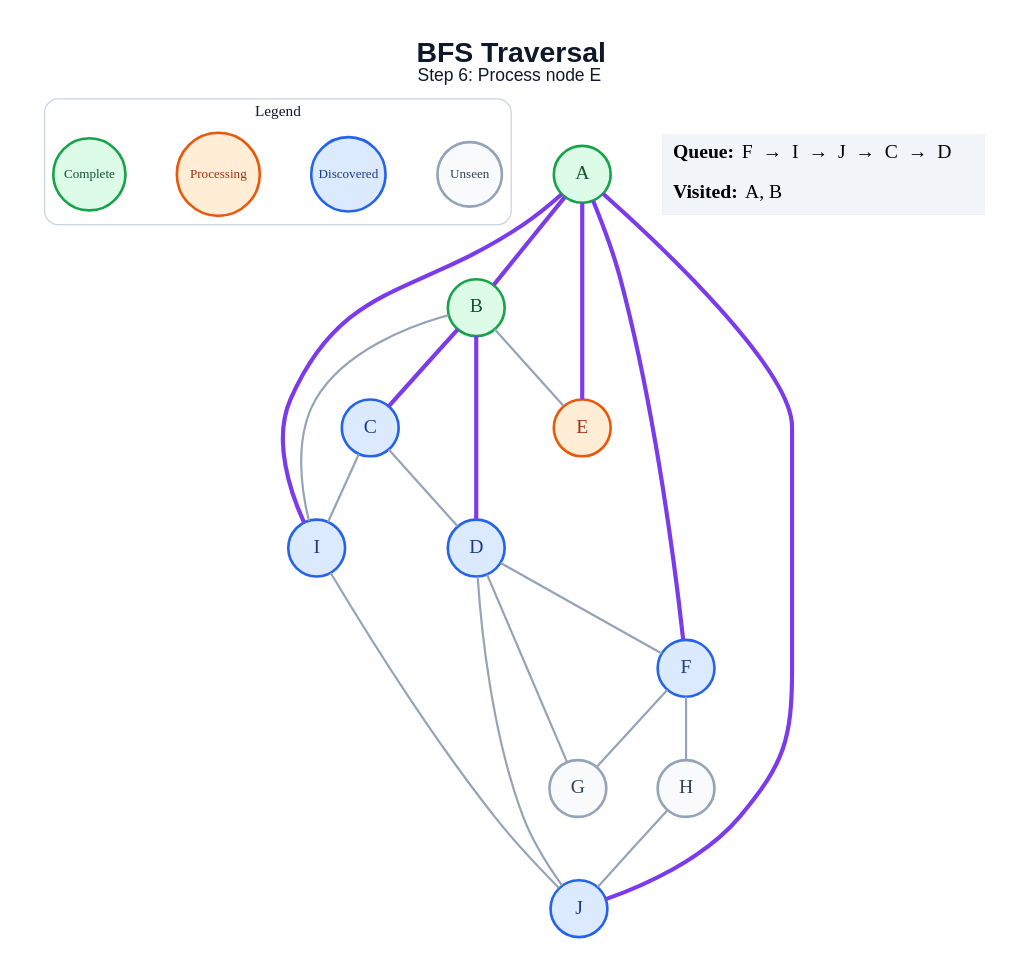
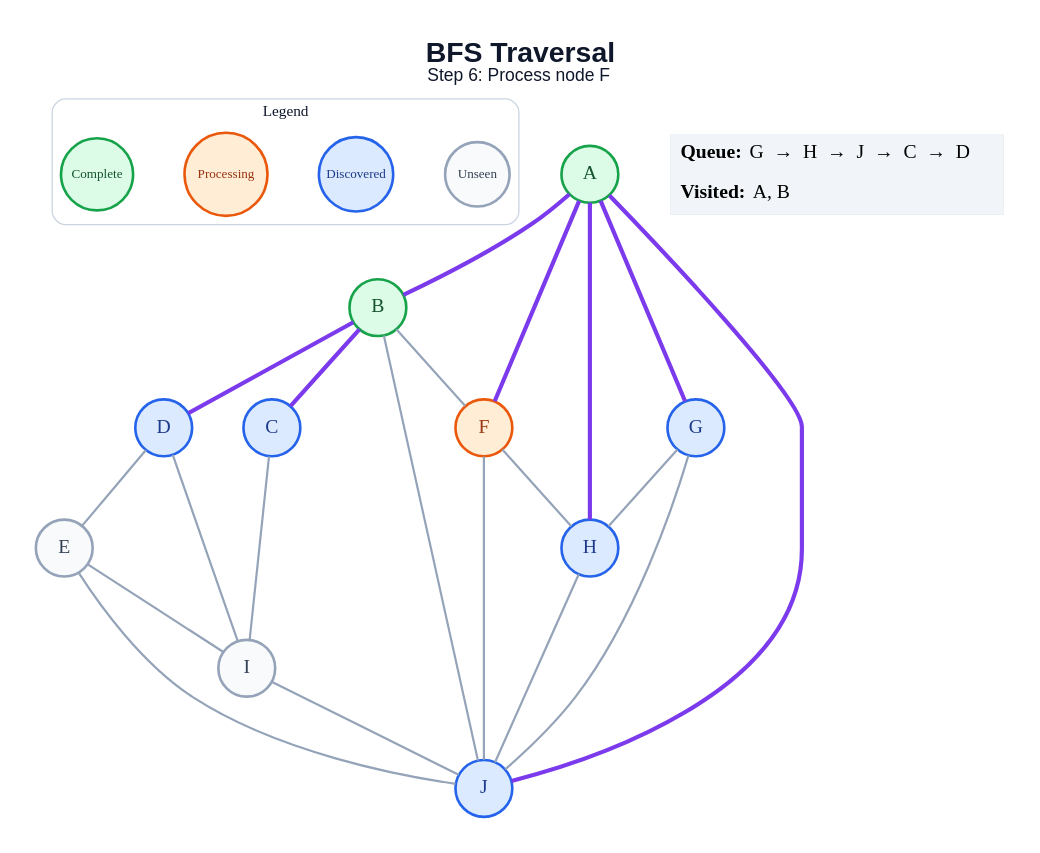
Before and after one commit to anon7238593-create/ai-slop: the diagram in generated/bfs/step_06.dot, drawn with Graphviz. The commit also changed 178 other files, not shown here.

```diff
--- a/generated/bfs/step_06.dot
+++ b/generated/bfs/step_06.dot
@@ -1,47 +1,49 @@
 graph traversal {
   graph [layout=dot, rankdir=TB, bgcolor="#FFFFFF", pad="0.35", nodesep="0.65", ranksep="0.8", fontname="Arial"];
   node [shape=circle, style="filled", fontname="Arial Bold", fontsize=18, width=0.72, fixedsize=true, penwidth=2.4];
   edge [color="#94A3B8", penwidth=2.0];
-  label=<<B>BFS Traversal</B><BR/><FONT POINT-SIZE="16">Step 6: Process node E</FONT>>; labelloc="t"; fontsize=26; fontname="Arial"; fontcolor="#0F172A";
+  label=<<B>BFS Traversal</B><BR/><FONT POINT-SIZE="16">Step 6: Process node F</FONT>>; labelloc="t"; fontsize=26; fontname="Arial"; fontcolor="#0F172A";
   subgraph cluster_legend { label="Legend"; color="#CBD5E1"; penwidth=1.2; style="rounded"; fontsize=14; fontname="Arial Bold";
     key_unseen [label="Unseen", fillcolor="#F8FAFC", color="#94A3B8", fontcolor="#334155", fontsize=12, width=0.82];
     key_frontier [label="Discovered", fillcolor="#DBEAFE", color="#2563EB", fontcolor="#1E3A8A", fontsize=12, width=0.95];
     key_current [label="Processing", fillcolor="#FFEDD5", color="#EA580C", fontcolor="#9A3412", fontsize=12, width=1.05];
     key_done [label="Complete", fillcolor="#DCFCE7", color="#16A34A", fontcolor="#14532D", fontsize=12, width=0.92];
     { rank=same; key_unseen; key_frontier; key_current; key_done; }
   }
   A [fillcolor="#DCFCE7", color="#16A34A", fontcolor="#14532D"];
   B [fillcolor="#DCFCE7", color="#16A34A", fontcolor="#14532D"];
   C [fillcolor="#DBEAFE", color="#2563EB", fontcolor="#1E3A8A"];
   D [fillcolor="#DBEAFE", color="#2563EB", fontcolor="#1E3A8A"];
-  E [fillcolor="#FFEDD5", color="#EA580C", fontcolor="#9A3412"];
-  F [fillcolor="#DBEAFE", color="#2563EB", fontcolor="#1E3A8A"];
-  G [fillcolor="#F8FAFC", color="#94A3B8", fontcolor="#334155"];
-  H [fillcolor="#F8FAFC", color="#94A3B8", fontcolor="#334155"];
-  I [fillcolor="#DBEAFE", color="#2563EB", fontcolor="#1E3A8A"];
+  E [fillcolor="#F8FAFC", color="#94A3B8", fontcolor="#334155"];
+  F [fillcolor="#FFEDD5", color="#EA580C", fontcolor="#9A3412"];
+  G [fillcolor="#DBEAFE", color="#2563EB", fontcolor="#1E3A8A"];
+  H [fillcolor="#DBEAFE", color="#2563EB", fontcolor="#1E3A8A"];
+  I [fillcolor="#F8FAFC", color="#94A3B8", fontcolor="#334155"];
   J [fillcolor="#DBEAFE", color="#2563EB", fontcolor="#1E3A8A"];
   A -- B [color="#7C3AED", penwidth=3.8];
-  A -- E [color="#7C3AED", penwidth=3.8];
   A -- F [color="#7C3AED", penwidth=3.8];
-  A -- I [color="#7C3AED", penwidth=3.8];
+  A -- G [color="#7C3AED", penwidth=3.8];
+  A -- H [color="#7C3AED", penwidth=3.8];
   A -- J [color="#7C3AED", penwidth=3.8];
   B -- C [color="#7C3AED", penwidth=3.8];
   B -- D [color="#7C3AED", penwidth=3.8];
-  B -- E;
-  B -- I;
-  C -- D;
+  B -- F;
+  B -- J;
   C -- I;
-  D -- F;
-  D -- G;
-  D -- J;
-  F -- G;
+  D -- E;
+  D -- I;
+  E -- I;
+  E -- J;
   F -- H;
+  F -- J;
+  G -- H;
+  G -- J;
   H -- J;
   I -- J;
   status [shape=plain, fixedsize=false, width=0, height=0, margin=0, label=<
     <TABLE BORDER="0" CELLBORDER="0" CELLPADDING="7" BGCOLOR="#F1F5F9">
-      <TR><TD ALIGN="LEFT"><B>Queue:</B> F  →  I  →  J  →  C  →  D</TD></TR>
+      <TR><TD ALIGN="LEFT"><B>Queue:</B> G  →  H  →  J  →  C  →  D</TD></TR>
       <TR><TD ALIGN="LEFT"><B>Visited:</B> A, B</TD></TR>
     </TABLE>
   >];
 }
```
